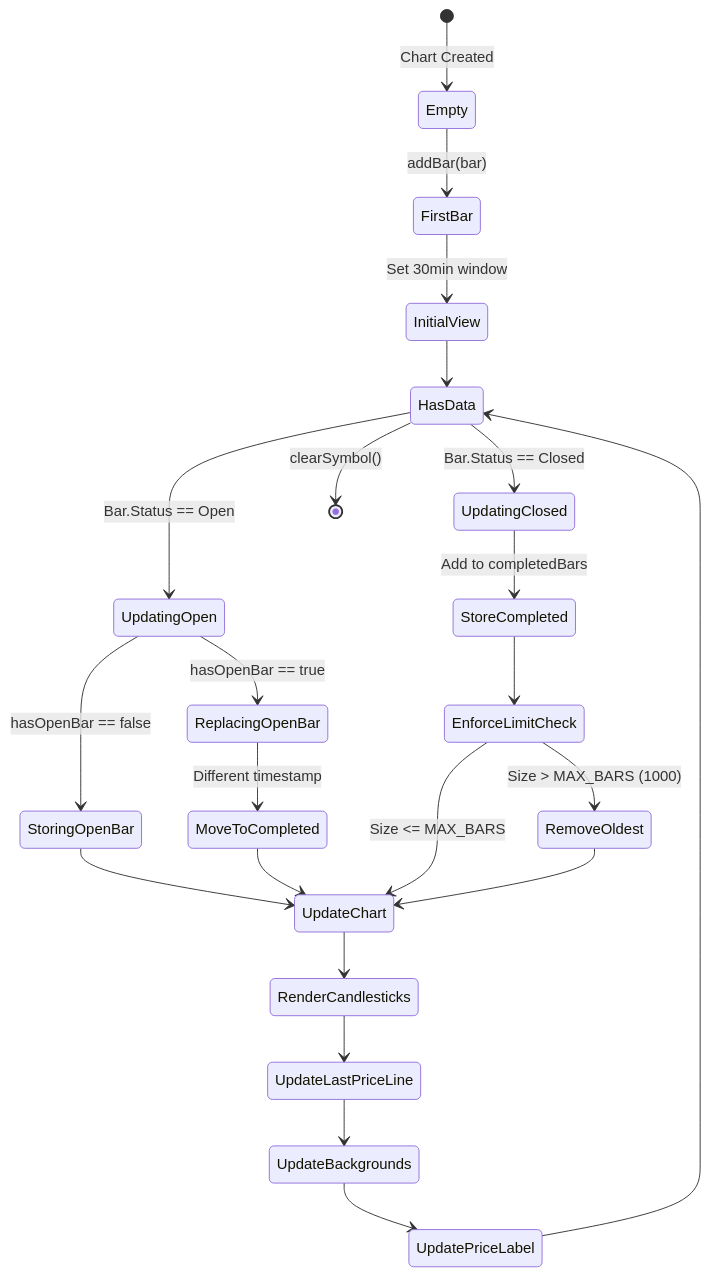
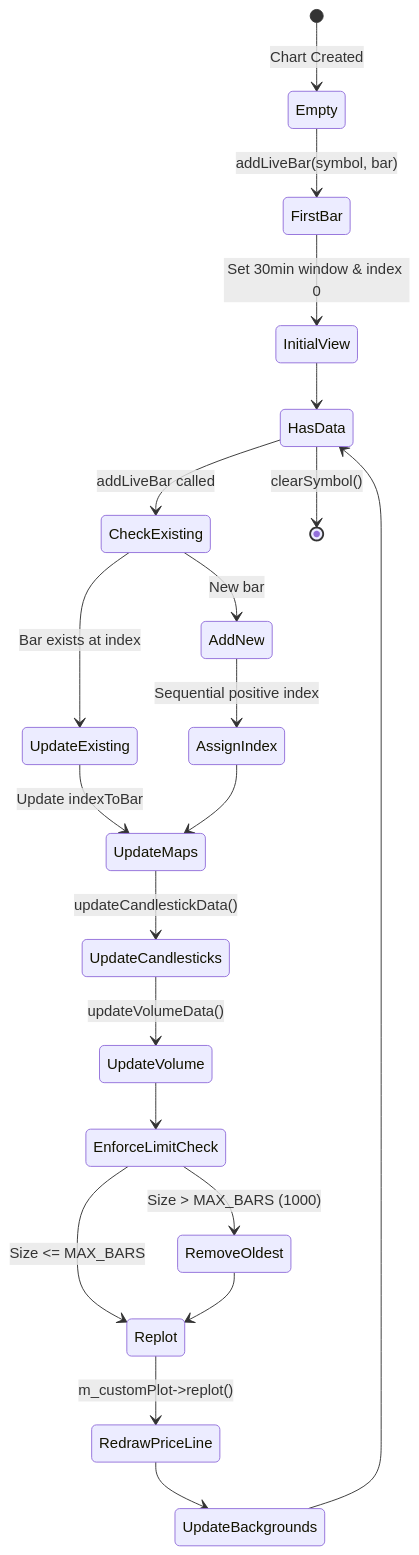
Before and after one commit to simonbeaudoin0935/OpenTraderPlatform: the fourth of 15 diagrams in Doc/StockPriceChart_Diagram.md, drawn with Mermaid. The commit also changed other lines of this file and 2 other files, not shown here.

Commit message:
Update ProgramSequence, StockPriceChart docs for qcustomplot, mark migration complete

````diff
--- a/Doc/StockPriceChart_Diagram.md
+++ b/Doc/StockPriceChart_Diagram.md
@@ -200,33 +258,31 @@
 ```mermaid
 stateDiagram-v2
     [*] --> Empty : Chart Created
     
-    Empty --> FirstBar : addBar(bar)
-    FirstBar --> InitialView : Set 30min window
+    Empty --> FirstBar : addLiveBar(symbol, bar)
+    FirstBar --> InitialView : Set 30min window & index 0
     
     InitialView --> HasData
     
-    HasData --> UpdatingOpen : Bar.Status == Open
-    HasData --> UpdatingClosed : Bar.Status == Closed
+    HasData --> CheckExisting : addLiveBar called
     
-    UpdatingOpen --> StoringOpenBar : hasOpenBar == false
-    UpdatingOpen --> ReplacingOpenBar : hasOpenBar == true
+    CheckExisting --> UpdateExisting : Bar exists at index
+    CheckExisting --> AddNew : New bar
     
-    StoringOpenBar --> UpdateChart
-    ReplacingOpenBar --> MoveToCompleted : Different timestamp
-    MoveToCompleted --> UpdateChart
+    UpdateExisting --> UpdateMaps : Update indexToBar
+    AddNew --> AssignIndex : Sequential positive index
+    AssignIndex --> UpdateMaps
     
-    UpdatingClosed --> StoreCompleted : Add to completedBars
-    StoreCompleted --> EnforceLimitCheck
+    UpdateMaps --> UpdateCandlesticks : updateCandlestickData()
+    UpdateCandlesticks --> UpdateVolume : updateVolumeData()
+    UpdateVolume --> EnforceLimitCheck
     EnforceLimitCheck --> RemoveOldest : Size > MAX_BARS (1000)
-    EnforceLimitCheck --> UpdateChart : Size <= MAX_BARS
-    RemoveOldest --> UpdateChart
+    EnforceLimitCheck --> Replot : Size <= MAX_BARS
+    RemoveOldest --> Replot
     
-    UpdateChart --> RenderCandlesticks
-    RenderCandlesticks --> UpdateLastPriceLine
-    UpdateLastPriceLine --> UpdateBackgrounds
-    UpdateBackgrounds --> UpdatePriceLabel
-    UpdatePriceLabel --> HasData
+    Replot --> RedrawPriceLine : m_customPlot->replot()
+    RedrawPriceLine --> UpdateBackgrounds
+    UpdateBackgrounds --> HasData
     
     HasData --> [*] : clearSymbol()
 ```
````
